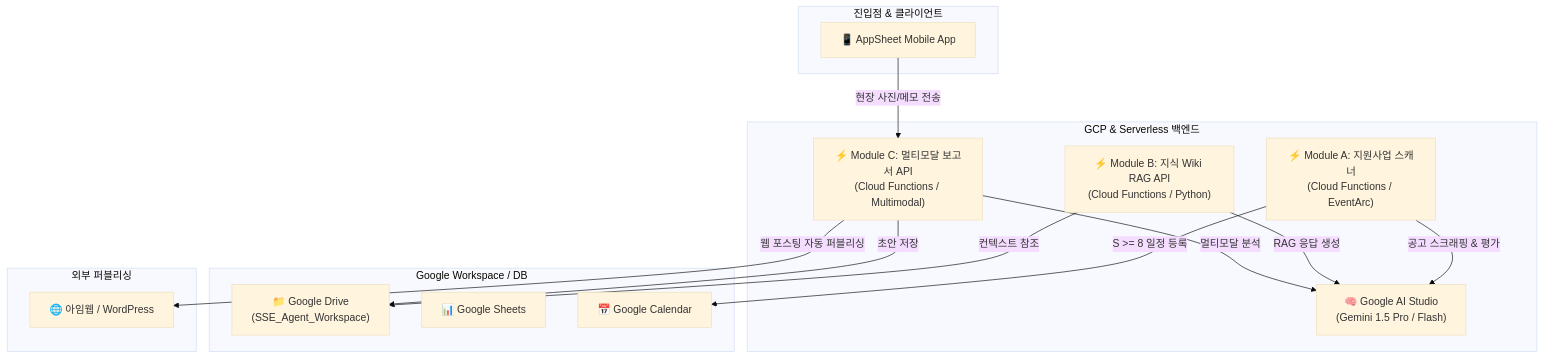
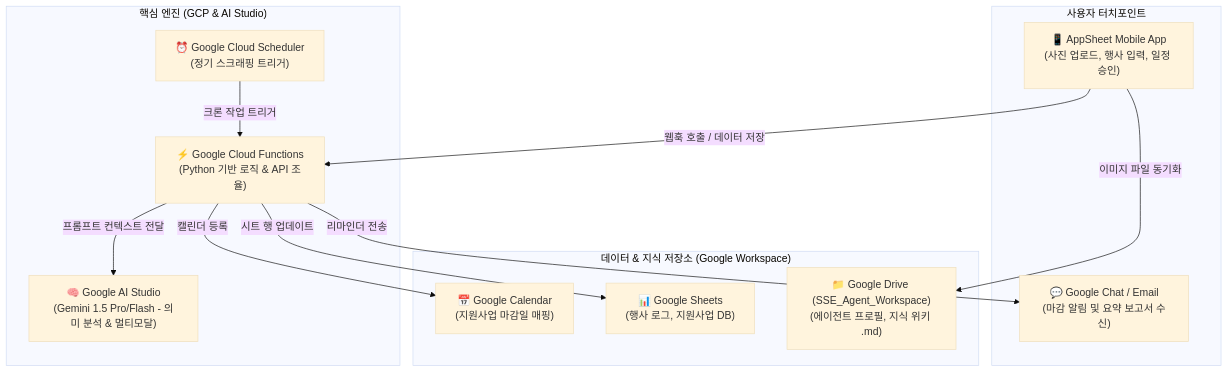
One commit to parandurume-labs/sse-agent-with-google changed the diagram in 00_architecture_spec.md. Above: the diagram before and after it, drawn with Mermaid (base theme). The commit also changed other lines of this file and 4 other files, not shown here.

Commit message:
doc: expand architecture spec & populate knowledge base and task queue placeholders

````diff
--- a/00_architecture_spec.md
+++ b/00_architecture_spec.md
@@ -11,39 +15,31 @@
 ```mermaid
 graph TD
-    %% 진입점 & 모바일 UI
-    subgraph Client_Layer ["진입점 & 클라이언트"]
-        AppSheet["📱 AppSheet Mobile App"]
+    %% 사용자 레이어
+    subgraph Touchpoints ["사용자 터치포인트"]
+        AppSheet["📱 AppSheet Mobile App<br/>(사진 업로드, 행사 입력, 일정 승인)"]
+        GChat["💬 Google Chat / Email<br/>(마감 알림 및 요약 보고서 수신)"]
     end
 
-    %% 에이전트 비즈니스 로직 및 AI 엔진
-    subgraph Cloud_Backend ["GCP & Serverless 백엔드"]
-        GCF_Scanner["⚡ Module A: 지원사업 스캐너<br/>(Cloud Functions / EventArc)"]
-        GCF_RAG["⚡ Module B: 지식 Wiki RAG API<br/>(Cloud Functions / Python)"]
-        GCF_Reporter["⚡ Module C: 멀티모달 보고서 API<br/>(Cloud Functions / Multimodal)"]
-        
-        Gemini["🧠 Google AI Studio<br/>(Gemini 1.5 Pro / Flash)"]
+    %% 데이터 및 지식 저장소
+    subgraph Workspace_Layer ["데이터 & 지식 저장소 (Google Workspace)"]
+        GDrive["📁 Google Drive (SSE_Agent_Workspace)<br/>(에이전트 프로필, 지식 위키 .md)"]
+        GSheets["📊 Google Sheets<br/>(행사 로그, 지원사업 DB)"]
+        GCal["📅 Google Calendar<br/>(지원사업 마감일 매핑)"]
     end
 
-    %% Google Workspace 및 외부 서비스 연동
-    subgraph Data_Storage ["Google Workspace / DB"]
-        GDrive["📁 Google Drive<br/>(SSE_Agent_Workspace)"]
-        GSheet["📊 Google Sheets"]
-        GCal["📅 Google Calendar"]
+    %% 핵심 엔진
+    subgraph Engine_Layer ["핵심 엔진 (GCP & AI Studio)"]
+        CloudScheduler["⏰ Google Cloud Scheduler<br/>(정기 스크래핑 트리거)"]
+        CloudFunctions["⚡ Google Cloud Functions<br/>(Python 기반 로직 & API 조율)"]
+        Gemini["🧠 Google AI Studio<br/>(Gemini 1.5 Pro/Flash - 의미 분석 & 멀티모달)"]
     end
 
-    subgraph External_Web ["외부 퍼블리싱"]
-        ImWeb["🌐 아임웹 / WordPress"]
-    end
-
-    %% 데이터 흐름 연결
-    AppSheet -->|"현장 사진/메모 전송"| GCF_Reporter
-    GCF_Scanner -->|"공고 스크래핑 & 평가"| Gemini
-    GCF_Scanner -->|"S >= 8 일정 등록"| GCal
-    
-    GCF_RAG -->|"컨텍스트 참조"| GDrive
-    GCF_RAG -->|"RAG 응답 생성"| Gemini
-    
-    GCF_Reporter -->|"멀티모달 분석"| Gemini
-    GCF_Reporter -->|"초안 저장"| GDrive
-    GCF_Reporter -->|"웹 포스팅 자동 퍼블리싱"| ImWeb
+    %% 연결 관계
+    AppSheet -->|"웹훅 호출 / 데이터 저장"| CloudFunctions
+    AppSheet -->|"이미지 파일 동기화"| GDrive
+    CloudScheduler -->|"크론 작업 트리거"| CloudFunctions
+    CloudFunctions -->|"프롬프트 컨텍스트 전달"| Gemini
+    CloudFunctions -->|"캘린더 등록"| GCal
+    CloudFunctions -->|"시트 행 업데이트"| GSheets
+    CloudFunctions -->|"리마인더 전송"| GChat
 ```
````
